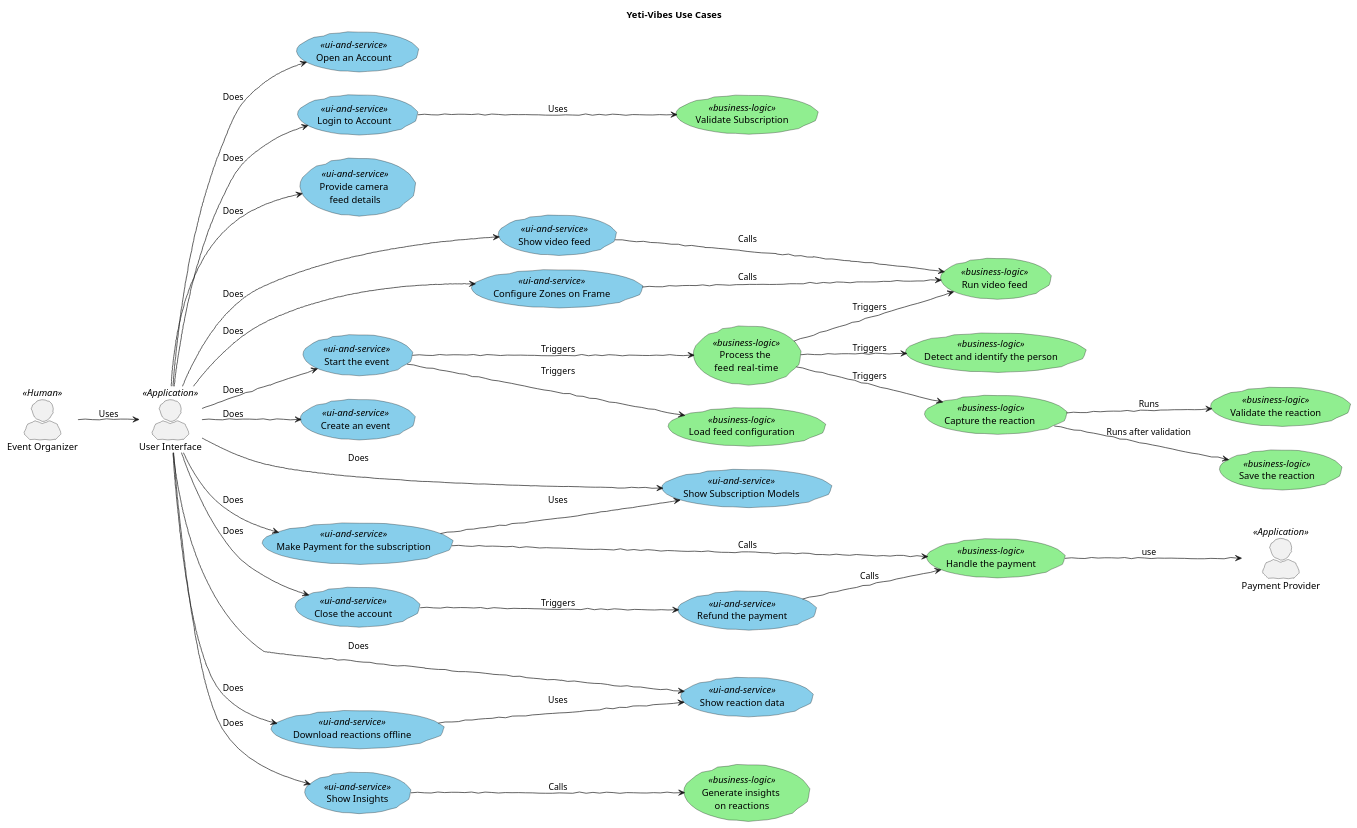
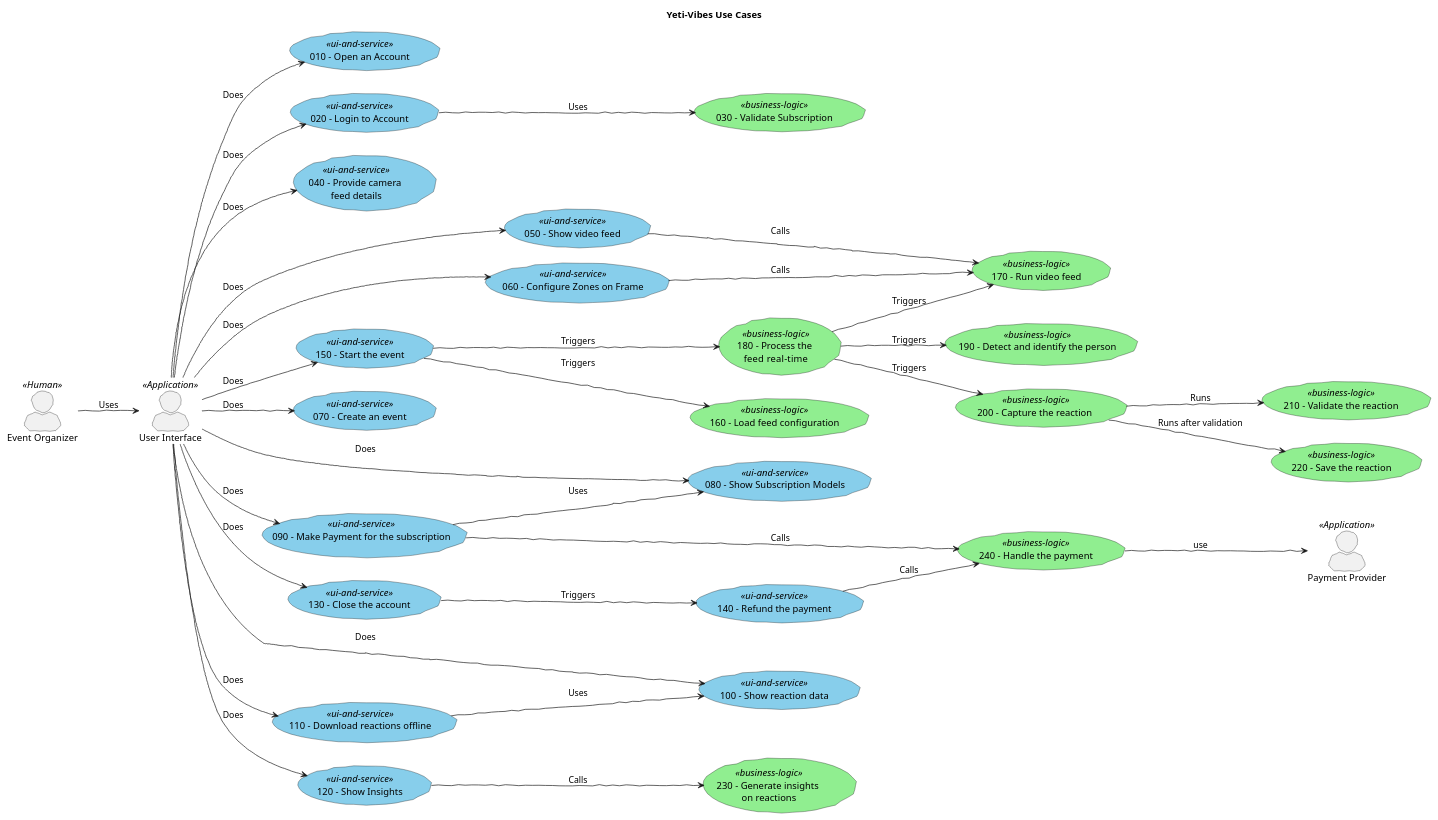
The diagram in docs/diagrams/src/yeti-vibes-use-cases.puml (backendkolawole/yeti-crowd-insights), drawn with PlantUML before and after one commit. The commit also changed 3 other files, not shown here.

Commit message:
Load Feed configuration use-case detail created

```diff
--- a/docs/diagrams/src/yeti-vibes-use-cases.puml
+++ b/docs/diagrams/src/yeti-vibes-use-cases.puml
@@ -1,87 +1,87 @@
 @startuml yeti_vibes_use_case_diagram
 title "Yeti-Vibes Use Cases"
 
 ' Layout settings
 skinparam actorStyle awesome
 skinparam handwritten true
 left to right direction
 skinparam usecase {
     BackgroundColor<<ui-and-service>> SkyBlue
     BackgroundColor<<business-logic>> LightGreen
 }
 
 
 ' Actor definitions
 actor :Event Organizer: as Client << Human >>
 actor :User Interface: as UI <<Application>>
 actor :Payment Provider: as PaymentProvider <<Application>>
 
 ' Client application or service interaction use cases
 
-    usecase OpenAccount as "Open an Account" <<ui-and-service>>
-    usecase Login as "Login to Account" <<ui-and-service>>
-    usecase ValidateSubscription as "Validate Subscription" <<business-logic>>
-    usecase ConfigureCamera as "Provide camera \nfeed details" <<ui-and-service>>
-    usecase ShowVideoFeed as "Show video feed" <<ui-and-service>>
-    usecase ConfigureFrame as "Configure Zones on Frame" <<ui-and-service>>
-    usecase CreateEvent as "Create an event" <<ui-and-service>>
-    usecase ShowSubscriptions as "Show Subscription Models" <<ui-and-service>>
-    usecase MakePayment as "Make Payment for the subscription" <<ui-and-service>>
-    usecase ShowReactions as "Show reaction data" <<ui-and-service>>
-    usecase DownloadReactions as "Download reactions offline" <<ui-and-service>>
-    usecase ShowInsights as "Show Insights" <<ui-and-service>>
-    usecase CloseAccount as "Close the account" <<ui-and-service>>
-    usecase RefundPayment as "Refund the payment" <<ui-and-service>>
-    usecase StartEvent as "Start the event" <<ui-and-service>>
+    usecase OpenAccount as "010 - Open an Account" <<ui-and-service>>
+    usecase Login as "020 - Login to Account" <<ui-and-service>>
+    usecase ValidateSubscription as "030 - Validate Subscription" <<business-logic>>
+    usecase ConfigureCamera as "040 - Provide camera \nfeed details" <<ui-and-service>>
+    usecase ShowVideoFeed as "050 - Show video feed" <<ui-and-service>>
+    usecase ConfigureFrame as "060 - Configure Zones on Frame" <<ui-and-service>>
+    usecase CreateEvent as "070 - Create an event" <<ui-and-service>>
+    usecase ShowSubscriptions as "080 - Show Subscription Models" <<ui-and-service>>
+    usecase MakePayment as "090 - Make Payment for the subscription" <<ui-and-service>>
+    usecase ShowReactions as "100 - Show reaction data" <<ui-and-service>>
+    usecase DownloadReactions as "110 - Download reactions offline" <<ui-and-service>>
+    usecase ShowInsights as "120 - Show Insights" <<ui-and-service>>
+    usecase CloseAccount as "130 - Close the account" <<ui-and-service>>
+    usecase RefundPayment as "140 - Refund the payment" <<ui-and-service>>
+    usecase StartEvent as "150 - Start the event" <<ui-and-service>>
 
 
 
 ' System process use cases
-    usecase LoadConfiguration as "Load feed configuration" <<business-logic>>
-    usecase RunFeed as "Run video feed" <<business-logic>>
-    usecase ProcessFeed as "Process the \nfeed  real-time" <<business-logic>>
-    usecase IdentifyPerson as "Detect and identify the person" <<business-logic>>
-    usecase CaptureReaction as "Capture the reaction " <<business-logic>>
-    usecase ValidateReaction as "Validate the reaction" <<business-logic>>
-    usecase SaveReaction as "Save the reaction" <<business-logic>>
-    usecase GenerateInsights as "Generate insights \non reactions" <<business-logic>>
-    usecase HandlePayment as "Handle the payment" <<business-logic>>
+    usecase LoadConfiguration as "160 - Load feed configuration" <<business-logic>>
+    usecase RunFeed as "170 - Run video feed" <<business-logic>>
+    usecase ProcessFeed as "180 - Process the \nfeed  real-time" <<business-logic>>
+    usecase IdentifyPerson as "190 - Detect and identify the person" <<business-logic>>
+    usecase CaptureReaction as "200 - Capture the reaction " <<business-logic>>
+    usecase ValidateReaction as "210 - Validate the reaction" <<business-logic>>
+    usecase SaveReaction as "220 - Save the reaction" <<business-logic>>
+    usecase GenerateInsights as "230 - Generate insights \non reactions" <<business-logic>>
+    usecase HandlePayment as "240 - Handle the payment" <<business-logic>>
 
 
 ' Client interactions
 Client --> UI : Uses
 UI --> OpenAccount : Does
 UI --> Login : Does
 Login --> ValidateSubscription : Uses
 UI --> ConfigureCamera : Does
 UI --> ShowVideoFeed : Does
 ShowVideoFeed --> RunFeed : Calls
 UI --> ConfigureFrame : Does
 ConfigureFrame --> RunFeed : Calls
 UI --> CreateEvent : Does
 UI --> ShowSubscriptions : Does
 UI --> MakePayment : Does
 MakePayment --> ShowSubscriptions : Uses
 MakePayment --> HandlePayment : Calls
 UI --> StartEvent : Does
 UI --> ShowReactions : Does
 UI --> DownloadReactions : Does
 DownloadReactions --> ShowReactions : Uses
 UI --> ShowInsights : Does
 ShowInsights --> GenerateInsights : Calls
 UI --> CloseAccount : Does
 CloseAccount --> RefundPayment : Triggers
 RefundPayment --> HandlePayment : Calls
 
 
 ' System interactions
 StartEvent --> LoadConfiguration : Triggers
 StartEvent --> ProcessFeed : Triggers
 ProcessFeed --> RunFeed: Triggers
 ProcessFeed --> IdentifyPerson : Triggers
 ProcessFeed --> CaptureReaction : Triggers
 CaptureReaction --> ValidateReaction : Runs
 CaptureReaction --> SaveReaction : Runs after validation
 HandlePayment --> PaymentProvider : use
 
 @enduml
```
